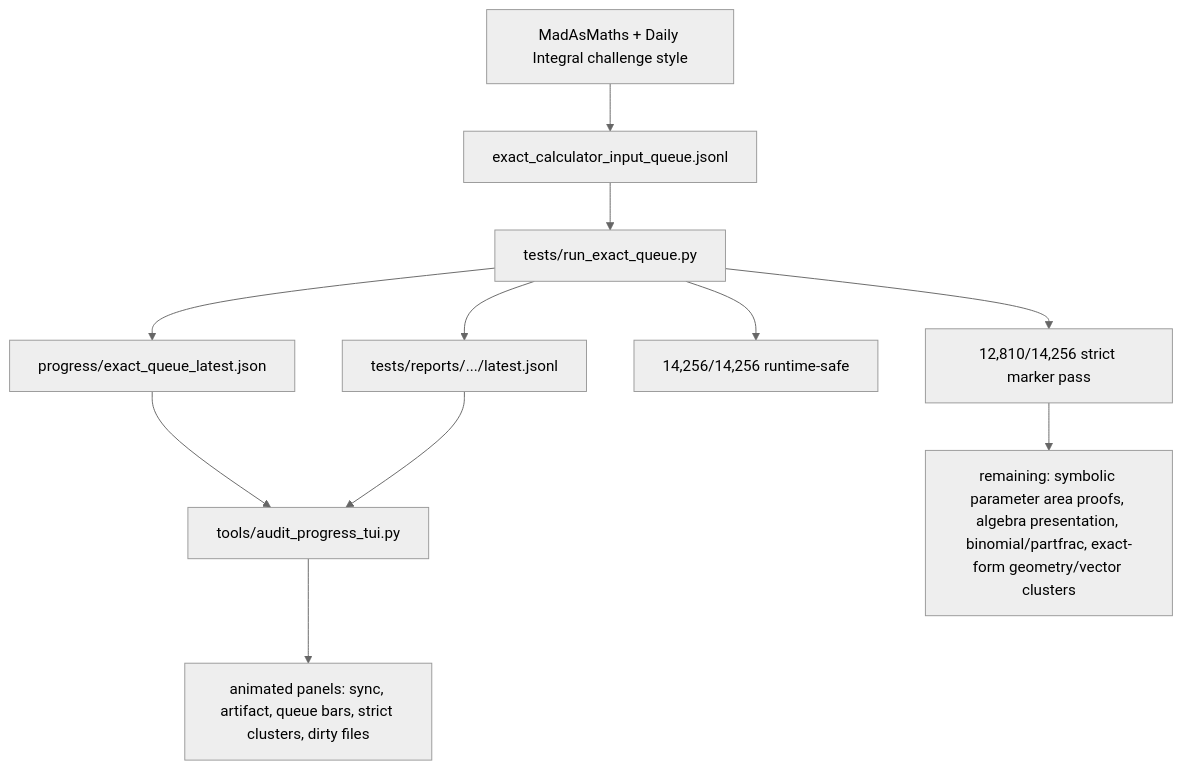
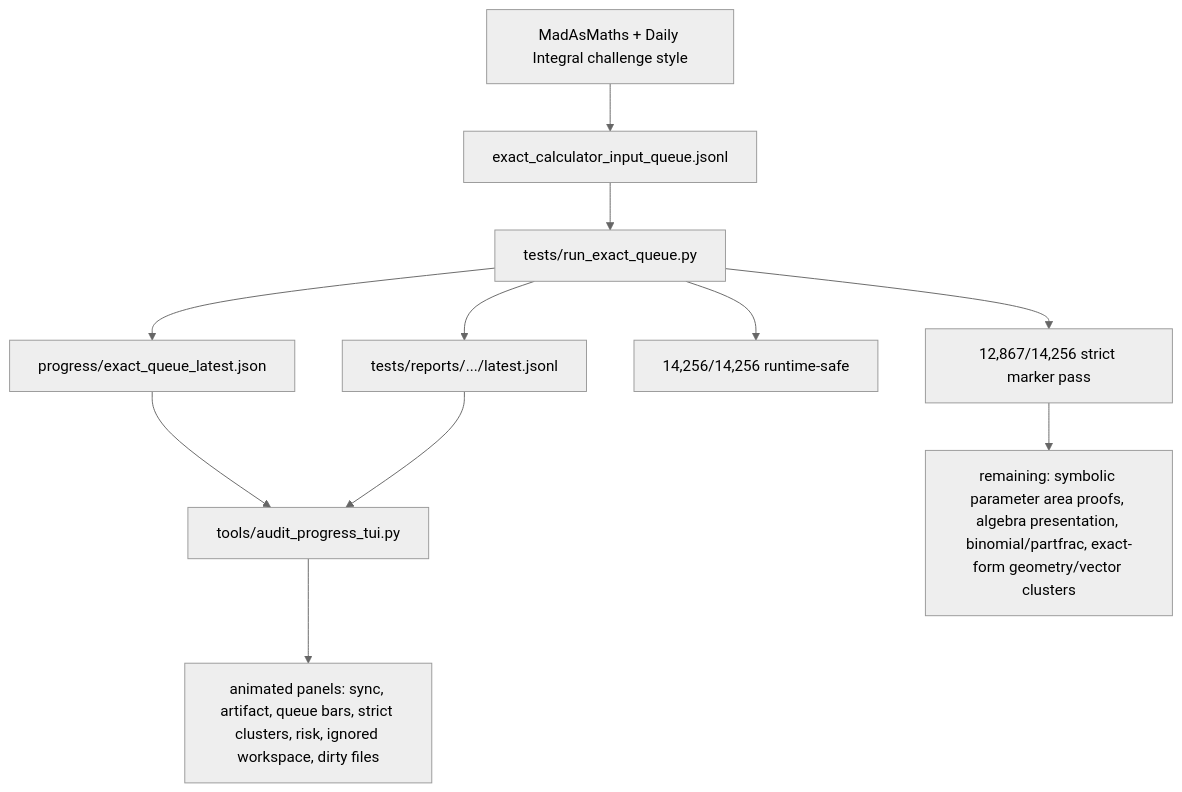
The fifth of 6 diagrams in docs/GRAPH.md (james8464/notes-addin-casio-fx-cg50), drawn with Mermaid (neutral theme) before and after one commit. The commit also changed other lines of this file and 4 other files, not shown here.

````diff
--- a/docs/GRAPH.md
+++ b/docs/GRAPH.md
@@ -60,13 +60,13 @@
 ```mermaid
 graph TD
   Online["MadAsMaths + Daily Integral challenge style"] --> Queue["exact_calculator_input_queue.jsonl"]
   Queue --> Runner["tests/run_exact_queue.py"]
   Runner --> Live["progress/exact_queue_latest.json"]
   Runner --> Report["tests/reports/.../latest.jsonl"]
   Live --> TUI["tools/audit_progress_tui.py"]
   Report --> TUI
-  TUI --> Panels["animated panels: sync, artifact, queue bars, strict clusters, dirty files"]
+  TUI --> Panels["animated panels: sync, artifact, queue bars, strict clusters, risk, ignored workspace, dirty files"]
   Runner --> Runtime["14,256/14,256 runtime-safe"]
-  Runner --> Strict["12,810/14,256 strict marker pass"]
+  Runner --> Strict["12,867/14,256 strict marker pass"]
   Strict --> Remaining["remaining: symbolic parameter area proofs, algebra presentation, binomial/partfrac, exact-form geometry/vector clusters"]
 ```
````
